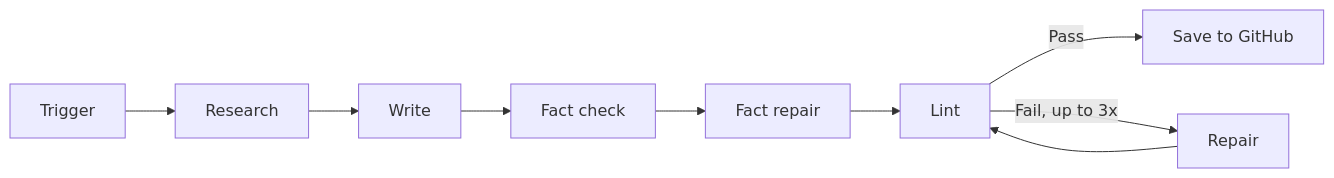
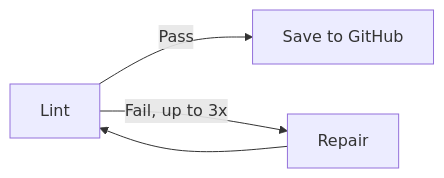
The second of 2 diagrams in README.md (kevinsundstrom/vercel-case-study), drawn with Mermaid before and after one commit. The commit also changed other lines of this file, not shown here.

Commit message:
fix: split pipeline into two Mermaid diagrams to avoid width issues

````diff
--- a/README.md
+++ b/README.md
@@ -29,7 +36,6 @@
 ```mermaid
 flowchart LR
-    A[Trigger] --> B[Research] --> C[Write] --> D[Fact check] --> E[Fact repair]
-    H[Repair] --> F[Lint] -->|Pass| G[Save to GitHub]
-    E --> F
-    F -->|Fail, up to 3x| H
+    F[Lint] -->|Pass| G[Save to GitHub]
+    F -->|Fail, up to 3x| H[Repair]
+    H --> F
 ```
````
